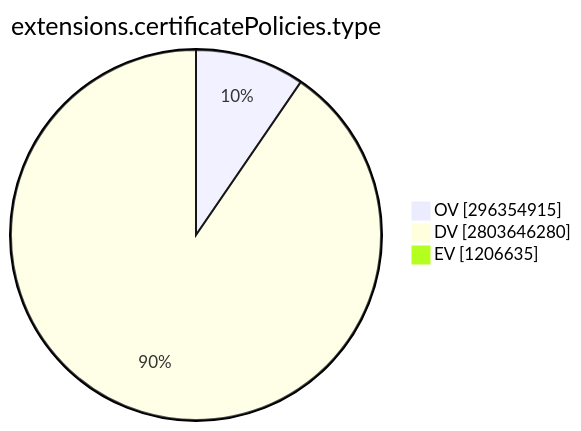
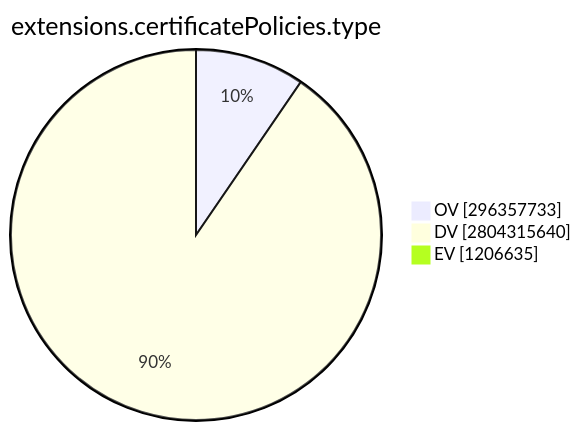
Before and after one commit to christiankrug/ctmonitor_visualization: the ninth of 15 diagrams in TOTAL/README.md, drawn with Mermaid. The commit also changed other lines of this file, not shown here.

````diff
--- a/TOTAL/README.md
+++ b/TOTAL/README.md
@@ -3099,7 +3099,7 @@
 ```mermaid
 pie showData
 title extensions.certificatePolicies.type
-"OV" :296354915
-"DV" :2803646280
+"OV" :296357733
+"DV" :2804315640
 "EV" :1206635
 ```
````
